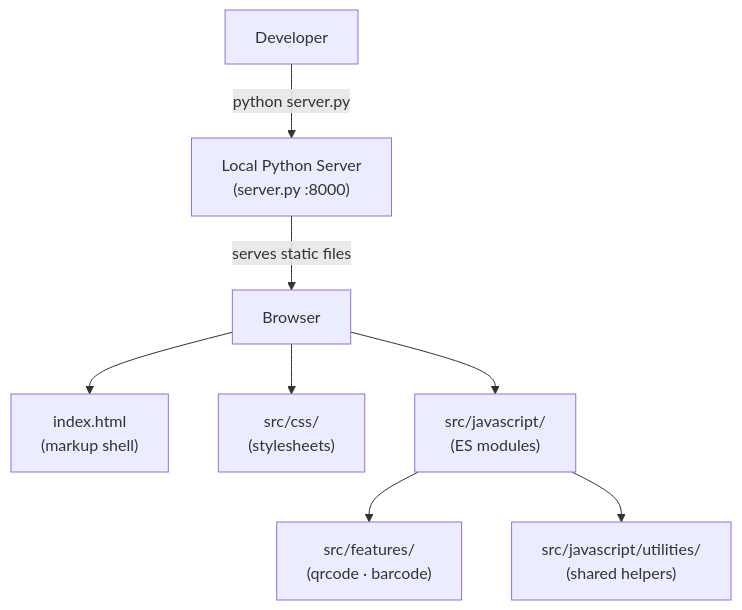
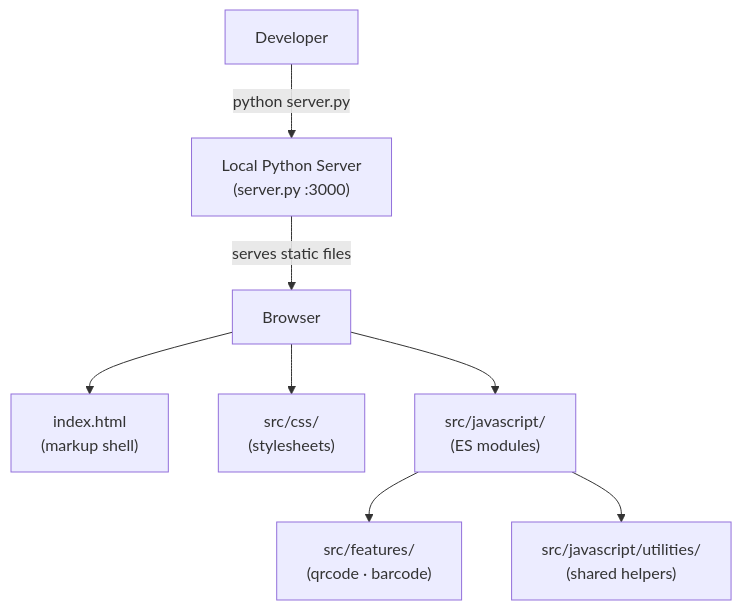
One commit to hanson-hschang/AIDC-Studio changed the first of 4 diagrams in ARCHITECTURE.md. Above: the diagram before and after it, drawn with Mermaid. The commit also changed other lines of this file and 1 other file, not shown here.

Commit message:
docs: standardize all port references to 3000 (matches server.py default)

````diff
--- a/ARCHITECTURE.md
+++ b/ARCHITECTURE.md
@@ -25,12 +25,12 @@
 ```mermaid
 flowchart TD
-    Developer -->|"python server.py"| Server["Local Python Server<br/>(server.py :8000)"]
+    Developer -->|"python server.py"| Server["Local Python Server<br/>(server.py :3000)"]
     Server -->|"serves static files"| Browser
 
     Browser --> HTML["index.html<br/>(markup shell)"]
     Browser --> CSS["src/css/<br/>(stylesheets)"]
     Browser --> JS["src/javascript/<br/>(ES modules)"]
 
     JS --> Features["src/features/<br/>(qrcode · barcode)"]
     JS --> Utilities["src/javascript/utilities/<br/>(shared helpers)"]
 ```
````
